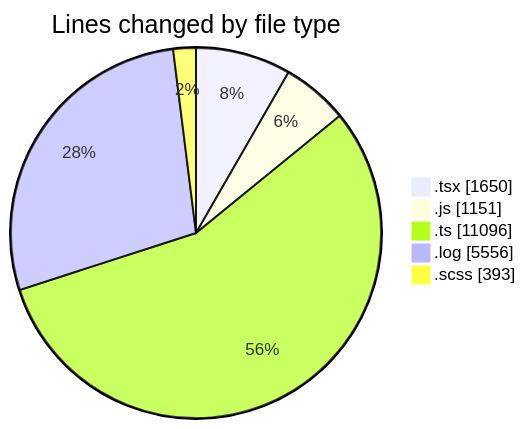
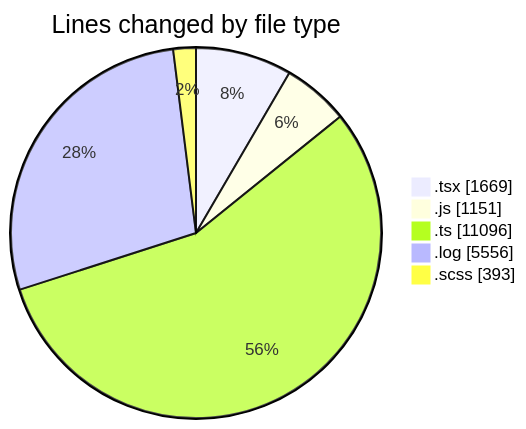
One commit to momahboobian/code-tracking changed the first of 2 diagrams in 2026-04-09/cda/README.md. Above: the diagram before and after it, drawn with Mermaid. The commit also changed other lines of this file and 1 other file, not shown here.

````diff
--- a/2026-04-09/cda/README.md
+++ b/2026-04-09/cda/README.md
@@ -32,9 +32,9 @@
 ```mermaid
 pie showData
 title Lines changed by file type
-".tsx" : 1650
+".tsx" : 1669
 ".js" : 1151
 ".ts" : 11096
 ".log" : 5556
 ".scss" : 393
 ```
````
